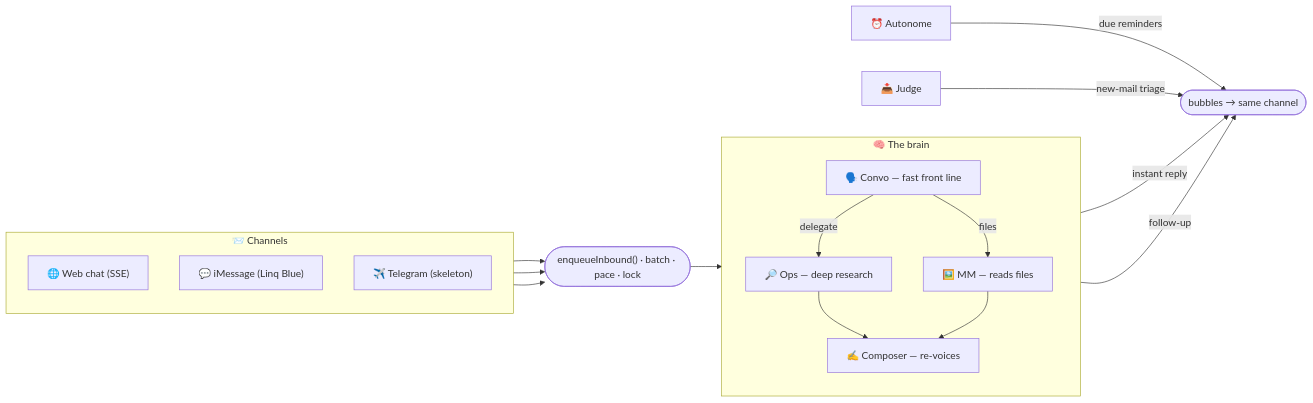
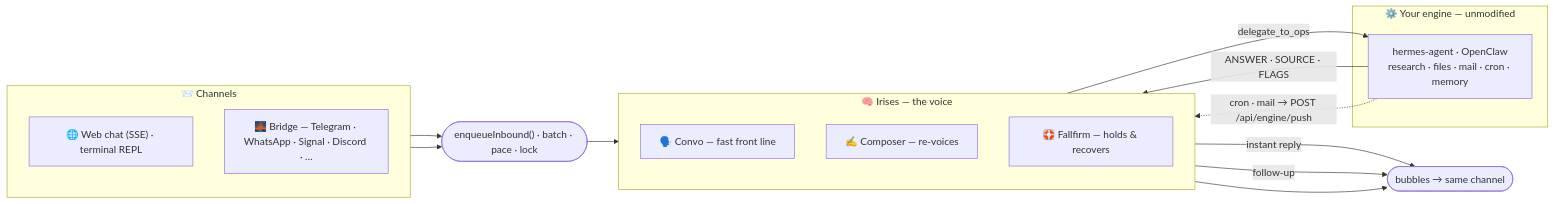
One commit to rivianpratama/Irises changed the diagram in README.md. Above: the diagram before and after it, drawn with Mermaid. The commit also changed other lines of this file and 61 other files, not shown here.

First line of the commit message:
Replace legacy iMessage/Telegram channels with engine bridge, web/CLI

````diff
--- a/README.md
+++ b/README.md
@@ -43,31 +45,30 @@
 ```mermaid
 flowchart LR
     subgraph CH["📨 Channels"]
         direction TB
-        W["🌐 Web chat (SSE)"]
-        I["💬 iMessage (Linq Blue)"]
-        T["✈️ Telegram (skeleton)"]
+        W["🌐 Web chat (SSE) · terminal REPL"]
+        B["🌉 Bridge — Telegram · WhatsApp · Signal · Discord · …"]
     end
 
-    subgraph BRAIN["🧠 The brain"]
+    subgraph BRAIN["🧠 Irises — the voice"]
         direction TB
         CV["🗣️ Convo — fast front line"]
-        OPS["🔎 Ops — deep research"]
-        MM["🖼️ MM — reads files"]
         CMP["✍️ Composer — re-voices"]
-        CV -->|delegate| OPS
-        CV -->|files| MM
-        OPS --> CMP
-        MM --> CMP
+        FF["🛟 Fallfirm — holds & recovers"]
+    end
+
+    subgraph ENG["⚙️ Your engine — unmodified"]
+        E["hermes-agent · OpenClaw<br/>research · files · mail · cron · memory"]
     end
 
     W --> EI
-    I --> EI
-    T --> EI
+    B --> EI
     EI(["enqueueInbound() · batch · pace · lock"]) --> CV
     CV -->|instant reply| OUT
+    CV -->|delegate_to_ops| E
+    E -->|ANSWER · SOURCE · FLAGS| CMP
     CMP -->|follow-up| OUT
-    SW["⏰ Autonome"] -->|due reminders| OUT
-    JD["📥 Judge"] -->|new-mail triage| OUT
+    E -.->|cron · mail → POST /api/engine/push| FF
+    FF --> OUT
     OUT([" bubbles → same channel "])
 ```
````
